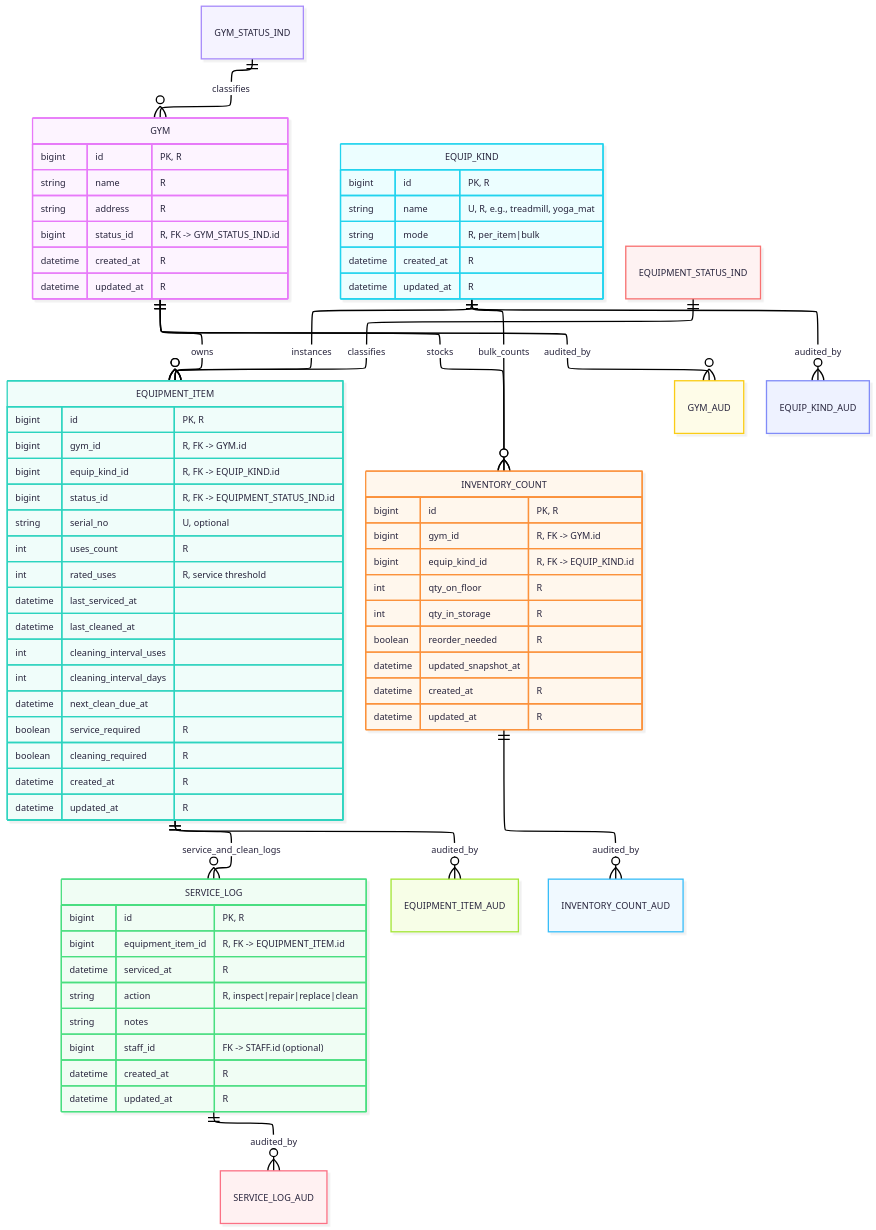
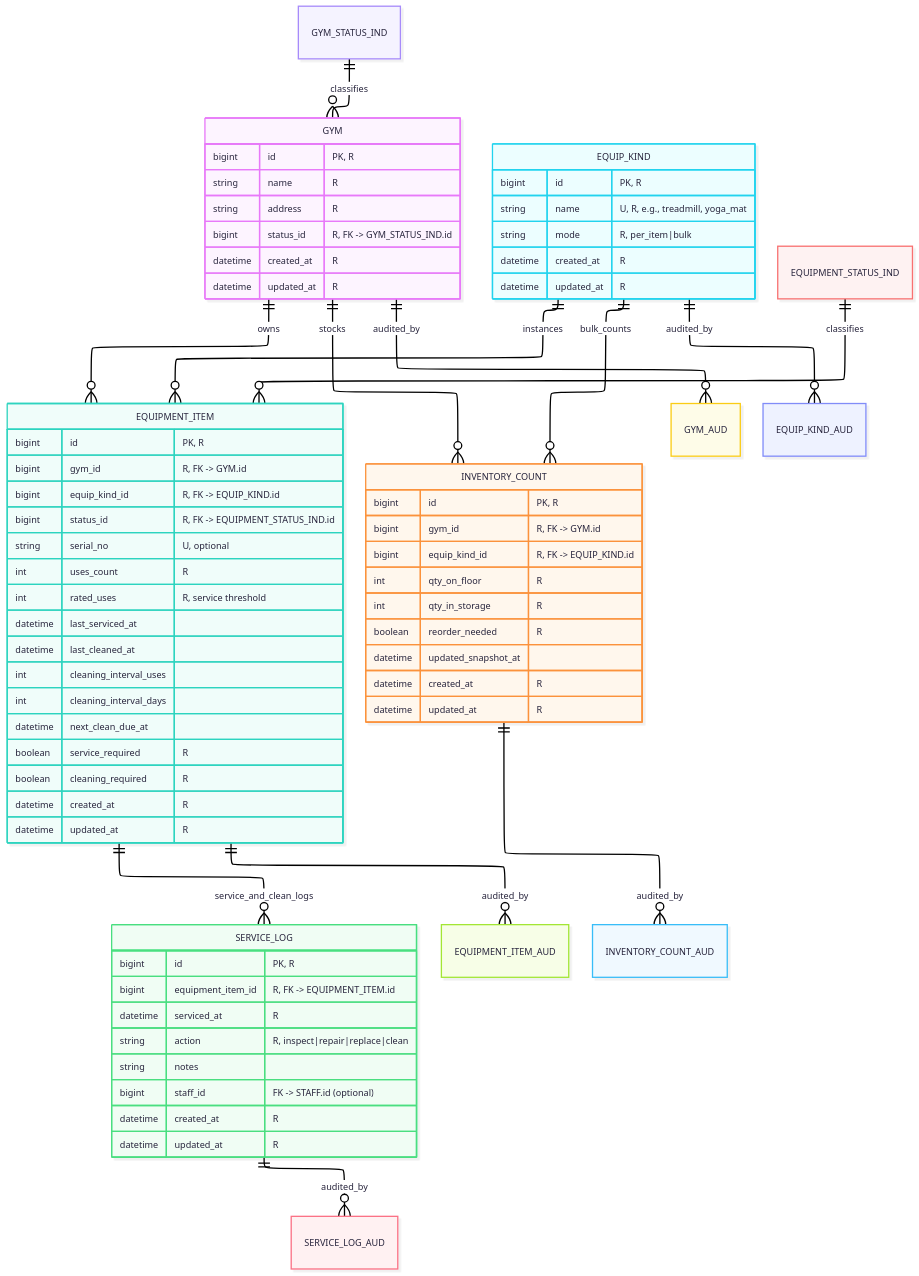
The second of 8 diagrams in docs/ERDs.md (jic48-rutgers/FitDB), drawn with Mermaid before and after one commit. The commit also changed other lines of this file and 35 other files, not shown here.

```diff
--- a/docs/ERDs.md
+++ b/docs/ERDs.md
@@ -91,7 +125,6 @@
   look: neo
   layout: elk
   elk:
-    mergeEdges: True
     nodePlacementStrategy: LINEAR_SEGMENTS
 ---
 erDiagram
```
